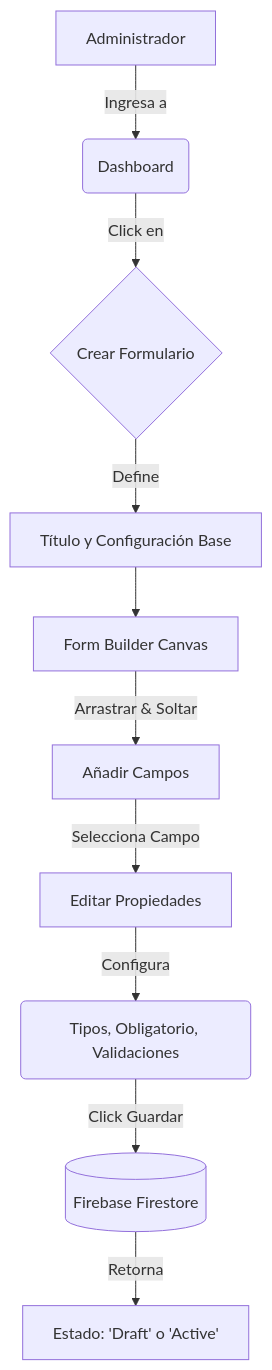
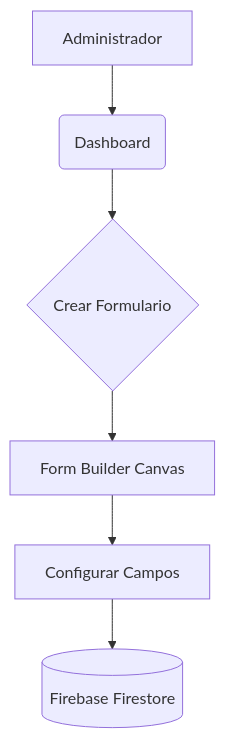
The first of 2 diagrams in README.md (modernizacionsancarlos/forma-flow), drawn with Mermaid before and after one commit. The commit also changed other lines of this file, not shown here.

Commit message:
Se movió el enlace de la Wiki al final del documento y se priorizó la descripción del sistema junto con los pasos de configuración inicial (Node.js, Firebase CLI y variables de entorno).

````diff
--- a/README.md
+++ b/README.md
@@ -20,12 +96,8 @@
 ```mermaid
 graph TD
-    A[Administrador] -->|Ingresa a| B(Dashboard)
-    B -->|Click en| C{Crear Formulario}
-    C -->|Define| D[Título y Configuración Base]
-    D --> E[Form Builder Canvas]
-    E -->|Arrastrar & Soltar| F[Añadir Campos]
-    F -->|Selecciona Campo| G[Editar Propiedades]
-    G -->|Configura| H(Tipos, Obligatorio, Validaciones)
-    H -->|Click Guardar| I[(Firebase Firestore)]
-    I -->|Retorna| J[Estado: 'Draft' o 'Active']
+    A[Administrador] --> B(Dashboard)
+    B --> C{Crear Formulario}
+    C --> D[Form Builder Canvas]
+    D --> E[Configurar Campos]
+    E --> F[(Firebase Firestore)]
 ```
````
